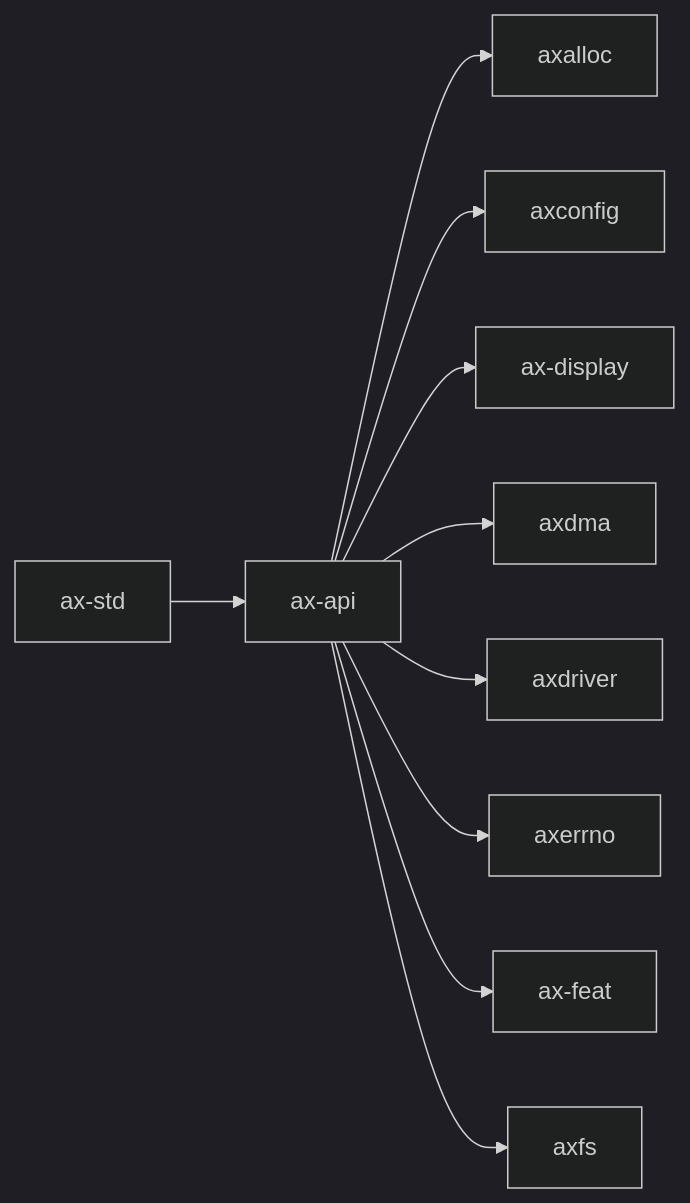
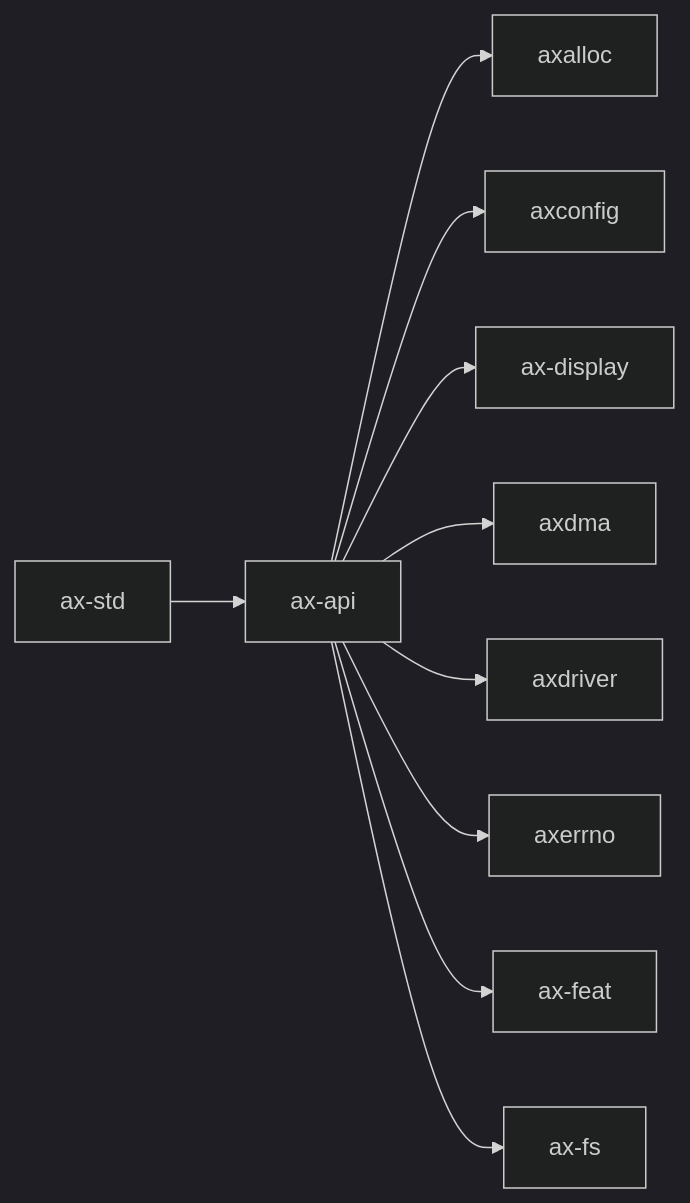
Before and after one commit to zKurisu/tgoskits: the diagram in docs/crates/ax-api.md, drawn with Mermaid (dark theme). The commit also changed other lines of this file and 67 other files, not shown here.

````diff
--- a/docs/crates/ax-api.md
+++ b/docs/crates/ax-api.md
@@ -32,13 +32,13 @@
 ```mermaid
 graph LR
     current["ax-api"]
     current --> axalloc["axalloc"]
     current --> axconfig["axconfig"]
     current --> ax-display["ax-display"]
     current --> axdma["axdma"]
     current --> axdriver["axdriver"]
     current --> axerrno["axerrno"]
     current --> ax-feat["ax-feat"]
-    current --> axfs["axfs"]
+    current --> ax-fs["ax-fs"]
     ax_std["ax-std"] --> current
 ```
````
